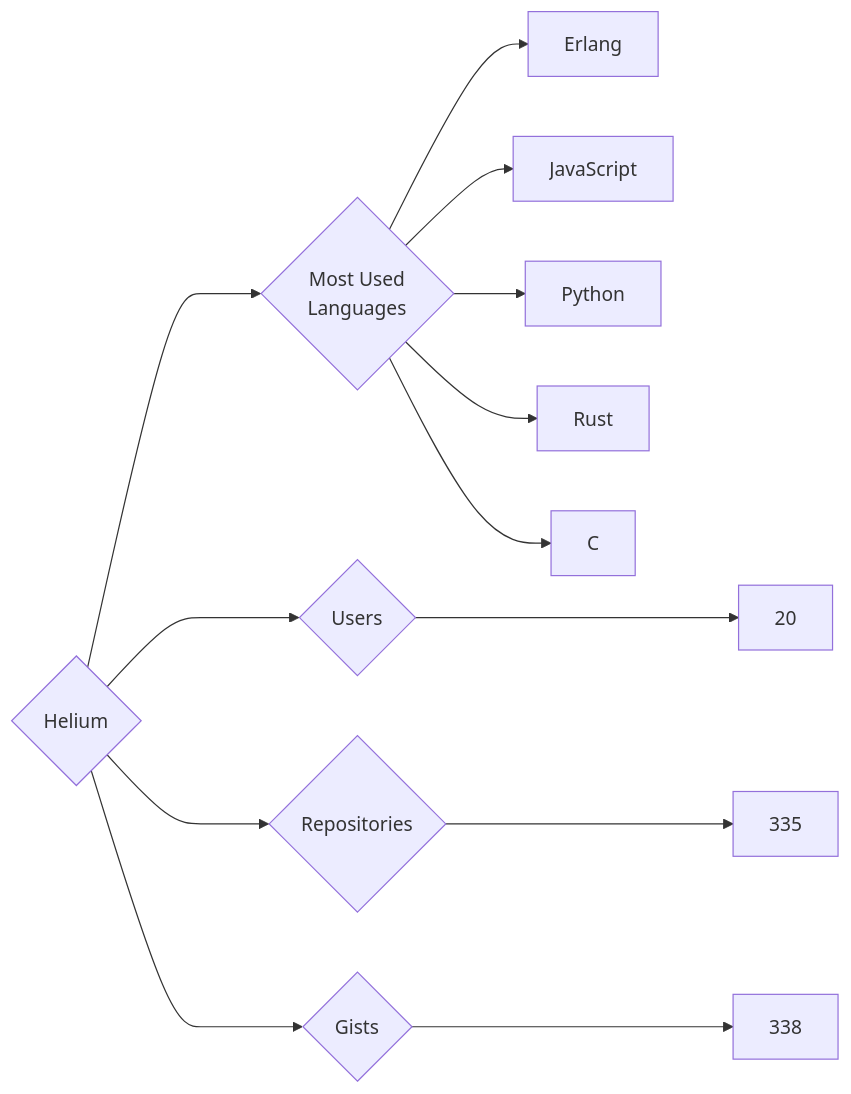
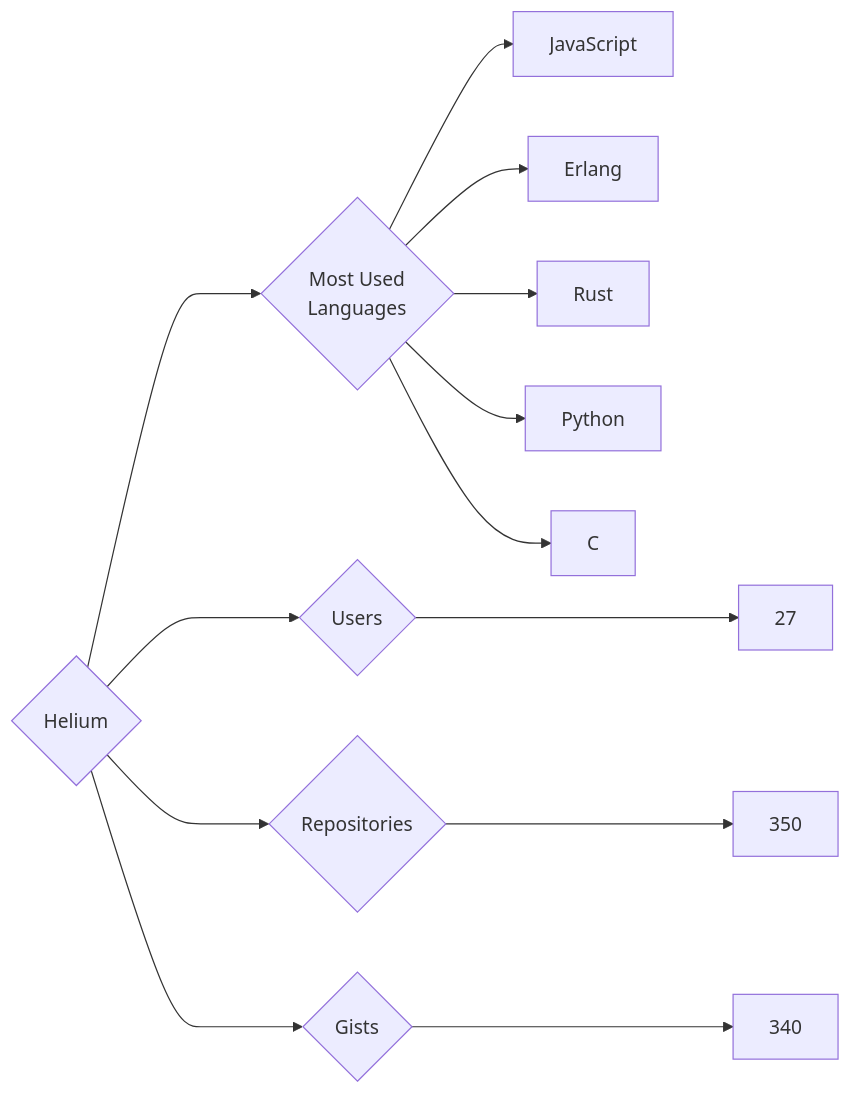
Before and after one commit to trickest/insiders: the diagram in targets/Helium/README.md, drawn with Mermaid. The commit also changed 900 other files, not shown here.

````diff
--- a/targets/Helium/README.md
+++ b/targets/Helium/README.md
@@ -3,13 +3,13 @@
 ```mermaid
 graph LR
 COMPANY_NAME{Helium}
-COMPANY_NAME ---> U{Users} ---> UN[20]
-COMPANY_NAME ---> R{Repositories} ---> RN[335]
-COMPANY_NAME ---> G{Gists} ---> GN[338]
+COMPANY_NAME ---> U{Users} ---> UN[27]
+COMPANY_NAME ---> R{Repositories} ---> RN[350]
+COMPANY_NAME ---> G{Gists} ---> GN[340]
 COMPANY_NAME ---> ML{Most Used<br>Languages}
+ML --> JavaScript[JavaScript]
 ML --> Erlang[Erlang]
-ML --> JavaScript[JavaScript]
+ML --> Rust[Rust]
 ML --> Python[Python]
-ML --> Rust[Rust]
 ML --> C[C]
 ```
````
